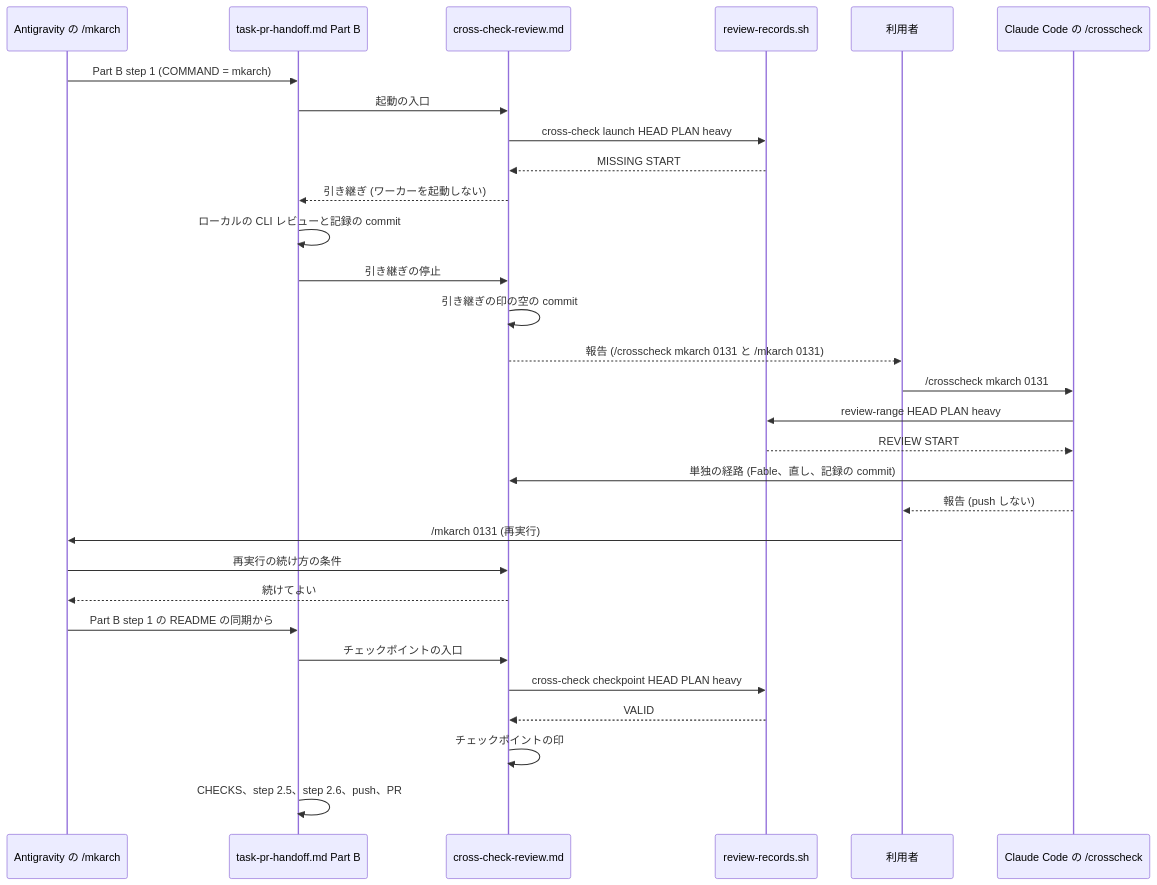
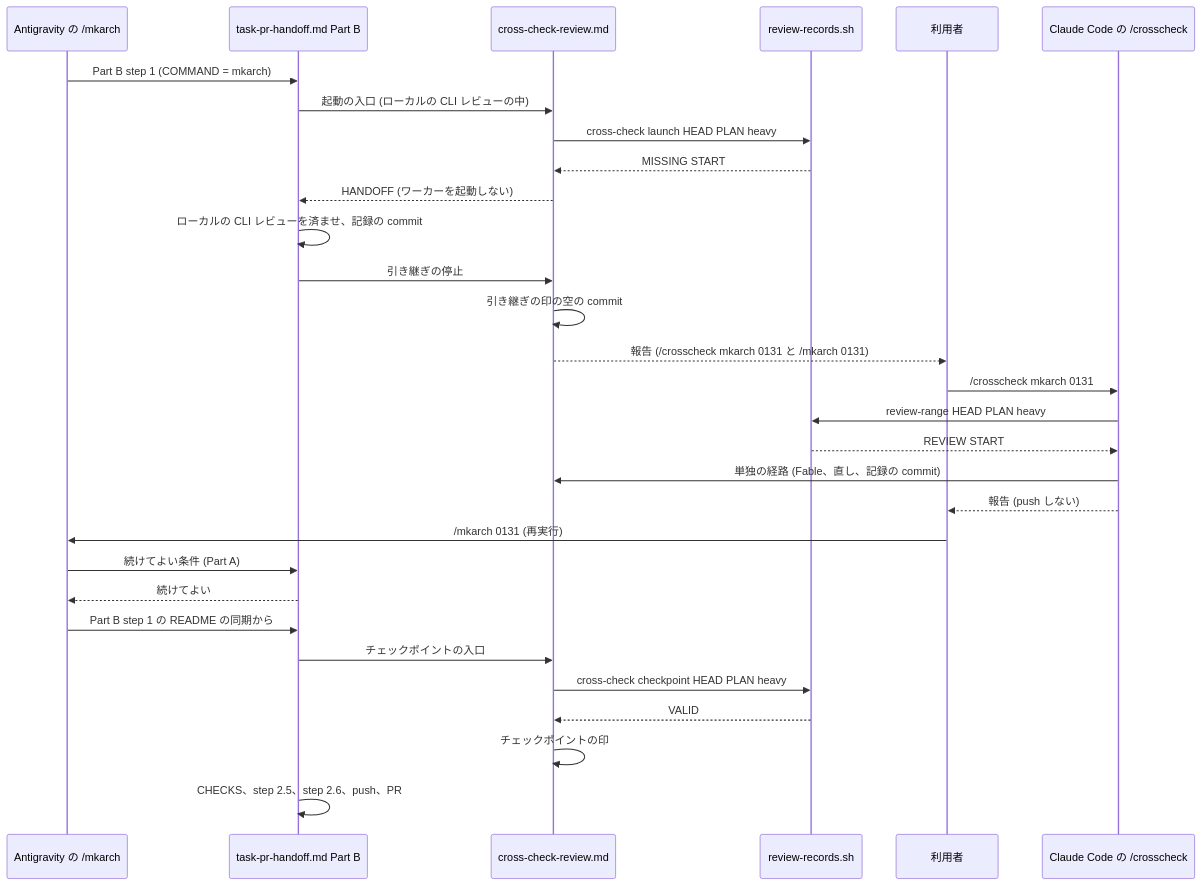
The third of 6 diagrams in docs/tasks/0131_cross_check_light_role/02_architecture.md (isseis/yt2column), drawn with Mermaid before and after one commit. The commit also changed other lines of this file and 1 other file, not shown here.

First line of the commit message:
docs(0131): address review findings on the cross-check role architecture

````diff
--- a/docs/tasks/0131_cross_check_light_role/02_architecture.md
+++ b/docs/tasks/0131_cross_check_light_role/02_architecture.md
@@ -254,33 +264,33 @@
 ```mermaid
 sequenceDiagram
     participant AG as Antigravity の /mkarch
     participant H as task-pr-handoff.md Part B
     participant CC as cross-check-review.md
     participant RR as review-records.sh
     participant U as 利用者
     participant CL as Claude Code の /crosscheck
 
     AG->>H: Part B step 1 (COMMAND = mkarch)
-    H->>CC: 起動の入口
+    H->>CC: 起動の入口 (ローカルの CLI レビューの中)
     CC->>RR: cross-check launch HEAD PLAN heavy
     RR-->>CC: MISSING START
-    CC-->>H: 引き継ぎ (ワーカーを起動しない)
-    H->>H: ローカルの CLI レビューと記録の commit
+    CC-->>H: HANDOFF (ワーカーを起動しない)
+    H->>H: ローカルの CLI レビューを済ませ、記録の commit
     H->>CC: 引き継ぎの停止
     CC->>CC: 引き継ぎの印の空の commit
     CC-->>U: 報告 (/crosscheck mkarch 0131 と /mkarch 0131)
     U->>CL: /crosscheck mkarch 0131
     CL->>RR: review-range HEAD PLAN heavy
     RR-->>CL: REVIEW START
     CL->>CC: 単独の経路 (Fable、直し、記録の commit)
     CL-->>U: 報告 (push しない)
     U->>AG: /mkarch 0131 (再実行)
-    AG->>CC: 再実行の続け方の条件
-    CC-->>AG: 続けてよい
+    AG->>H: 続けてよい条件 (Part A)
+    H-->>AG: 続けてよい
     AG->>H: Part B step 1 の README の同期から
     H->>CC: チェックポイントの入口
     CC->>RR: cross-check checkpoint HEAD PLAN heavy
     RR-->>CC: VALID
     CC->>CC: チェックポイントの印
     H->>H: CHECKS、step 2.5、step 2.6、push、PR
 ```
````
